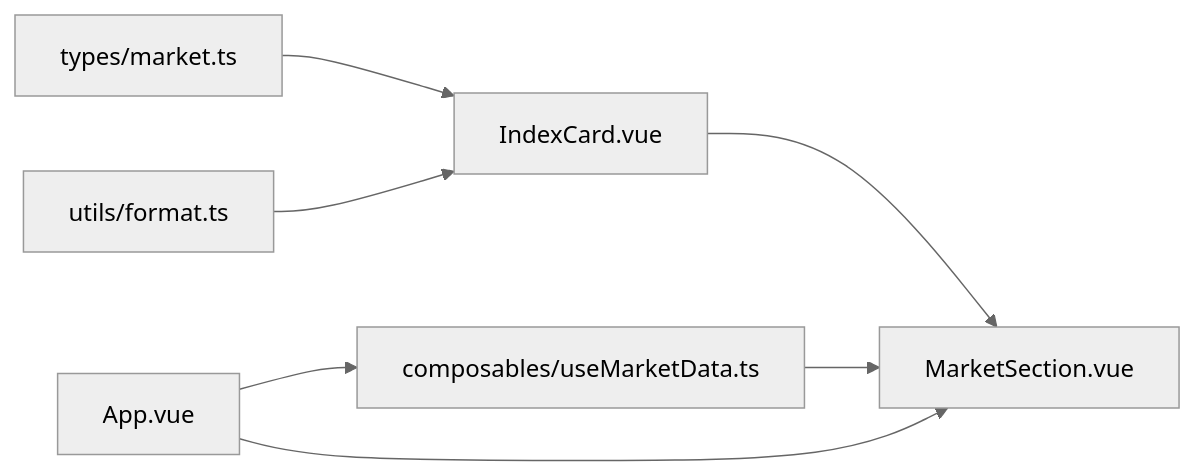
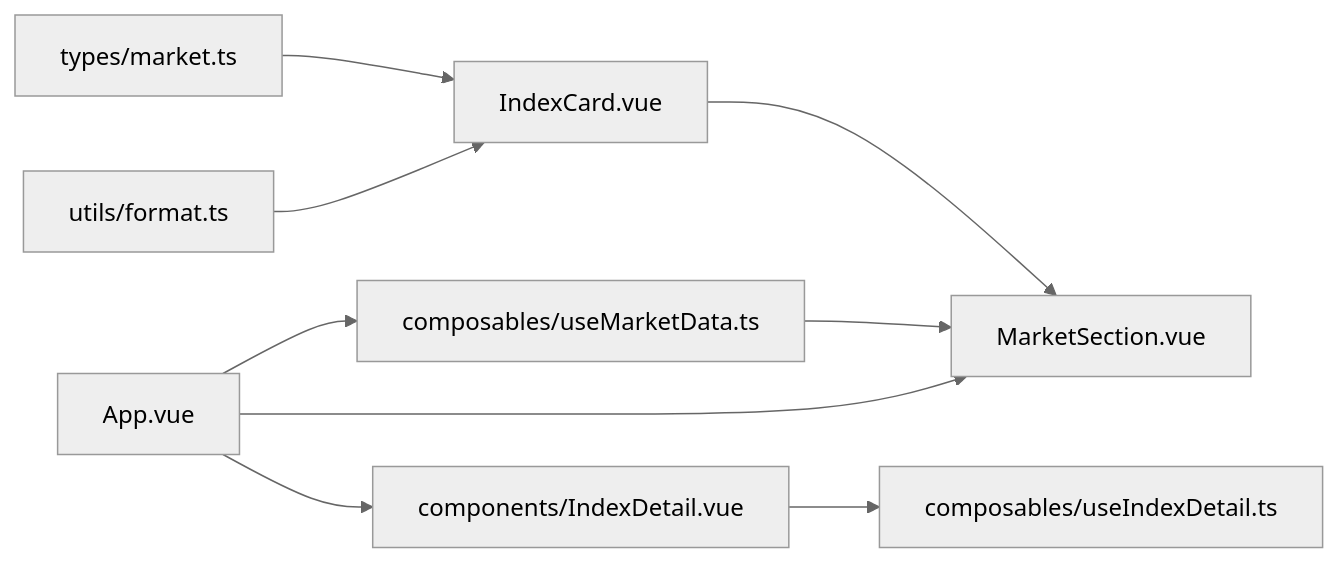
The fourth of 4 diagrams in .qoder/repowiki/zh/content/前端开发/组件系统/IndexCard指数卡片组件.md (jiashaoying/hq-kanban-app), drawn with Mermaid (neutral theme) before and after one commit. The commit also changed other lines of this file and 7 other files, not shown here.

````diff
--- a/.qoder/repowiki/zh/content/前端开发/组件系统/IndexCard指数卡片组件.md
+++ b/.qoder/repowiki/zh/content/前端开发/组件系统/IndexCard指数卡片组件.md
@@ -219,9 +305,11 @@
 ```mermaid
 graph LR
 Types["types/market.ts"] --> IndexCard["IndexCard.vue"]
 Format["utils/format.ts"] --> IndexCard
 IndexCard --> MarketSection["MarketSection.vue"]
 UseMarketData["composables/useMarketData.ts"] --> MarketSection
 App["App.vue"] --> MarketSection
+App --> IndexDetail["components/IndexDetail.vue"]
 App --> UseMarketData
+IndexDetail --> UseIndexDetail["composables/useIndexDetail.ts"]
 ```
````
